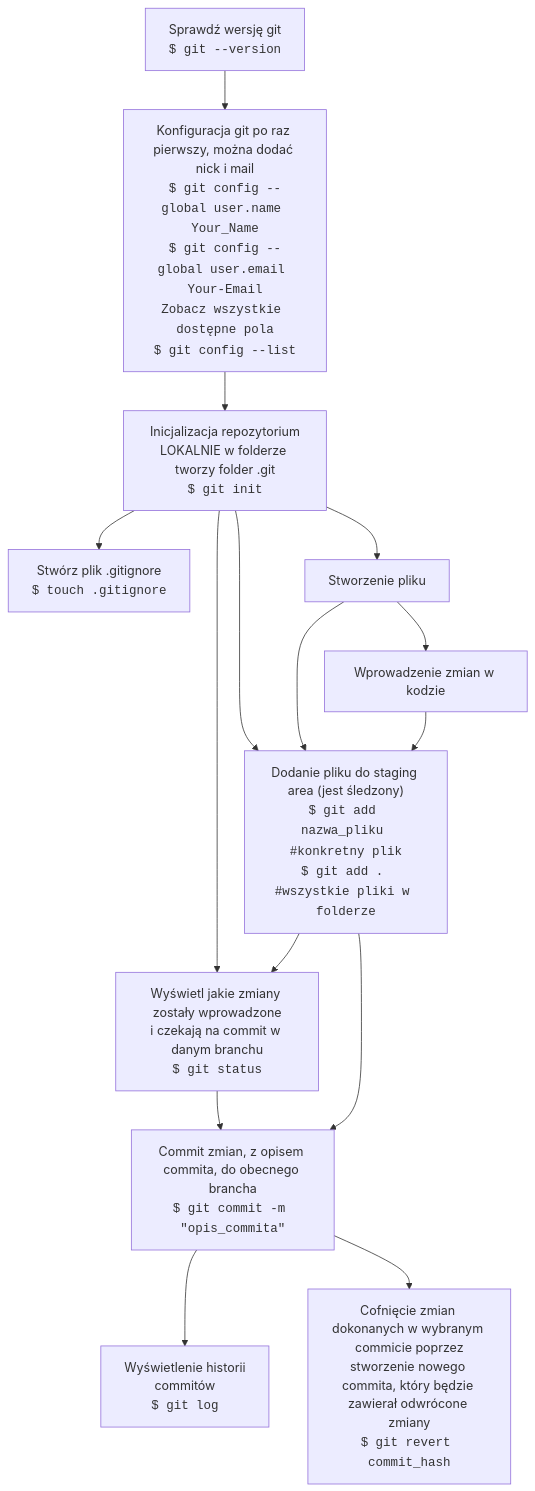
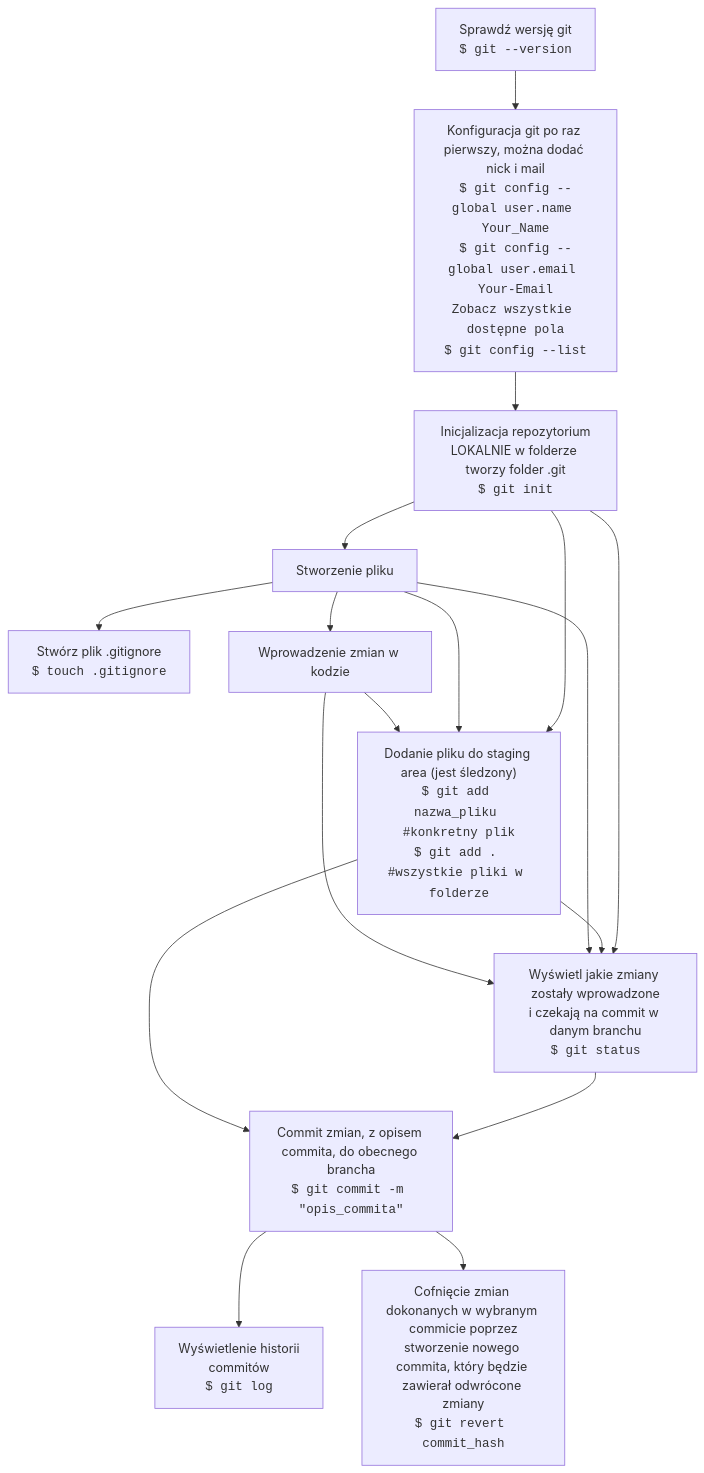
One commit to dankuc237/notatki changed the first of 3 diagrams in git-graph.md. Above: the diagram before and after it, drawn with Mermaid. The commit also changed other lines of this file, not shown here.

````diff
--- a/git-graph.md
+++ b/git-graph.md
@@ -3,29 +3,31 @@
 ```mermaid
 graph TB
         SPRAWDZ_WERSJE_GIT["Sprawdź wersję git<br><code>$ git --version</code>"]
         PIERWSZA_KONFIGURACJA_GIT["Konfiguracja git po raz pierwszy, można dodać nick i mail<br><code>$ git config --global user.name Your_Name<br>$ git config --global user.email Your-Email<br>Zobacz wszystkie dostępne pola<br>$ git config --list</code>"]
         INICJALIZACJA_LOKALNEGO_REPO["Inicjalizacja repozytorium<br>LOKALNIE w folderze tworzy folder .git<br><code>$ git init</code>"]
         STWÓRZ_PLIK_.GITIGNORE["Stwórz plik .gitignore<br><code>$ touch .gitignore</code>"]
         STWÓRZ_JAKIS_PLIK["Stworzenie pliku"]
         DODAJ_PLIK_DO_STAGING_AREA["Dodanie pliku do staging area (jest śledzony)<br><code>$ git add nazwa_pliku #konkretny plik<br>$ git add . #wszystkie pliki w folderze</code>"]
         SPRAWDZ_ZMIANY_W_REPO["Wyświetl jakie zmiany zostały wprowadzone<br>i czekają na commit w danym branchu<br><code>$ git status</code>"]    
         ZMIANA_KODU["Wprowadzenie zmian w kodzie"]
         COMMIT_ZMIAN_DO_LOKALNEGO_REPO["Commit zmian, z opisem commita, do obecnego brancha<br><code>$ git commit -m #quot;opis_commita#quot;</code>"]
         POKAZ_COMMIT_HISTORY["Wyświetlenie historii<br/>commitów<br><code>$ git log</code>"]
         COFNIJ_COMMIT["Cofnięcie zmian dokonanych w wybranym commicie poprzez<br>stworzenie nowego commita, który będzie zawierał odwrócone zmiany<br><code>$ git revert commit_hash</code>"]
         
         SPRAWDZ_WERSJE_GIT --> PIERWSZA_KONFIGURACJA_GIT
         PIERWSZA_KONFIGURACJA_GIT --> INICJALIZACJA_LOKALNEGO_REPO
         INICJALIZACJA_LOKALNEGO_REPO --> STWÓRZ_JAKIS_PLIK
-        INICJALIZACJA_LOKALNEGO_REPO --> STWÓRZ_PLIK_.GITIGNORE
         INICJALIZACJA_LOKALNEGO_REPO --> SPRAWDZ_ZMIANY_W_REPO
         INICJALIZACJA_LOKALNEGO_REPO --> DODAJ_PLIK_DO_STAGING_AREA
+        STWÓRZ_JAKIS_PLIK --> STWÓRZ_PLIK_.GITIGNORE
+        STWÓRZ_JAKIS_PLIK --> ZMIANA_KODU
         STWÓRZ_JAKIS_PLIK --> DODAJ_PLIK_DO_STAGING_AREA
         DODAJ_PLIK_DO_STAGING_AREA --> SPRAWDZ_ZMIANY_W_REPO
         SPRAWDZ_ZMIANY_W_REPO --> COMMIT_ZMIAN_DO_LOKALNEGO_REPO
-        STWÓRZ_JAKIS_PLIK --> ZMIANA_KODU
         ZMIANA_KODU --> DODAJ_PLIK_DO_STAGING_AREA
         DODAJ_PLIK_DO_STAGING_AREA --> COMMIT_ZMIAN_DO_LOKALNEGO_REPO 
         COMMIT_ZMIAN_DO_LOKALNEGO_REPO --> POKAZ_COMMIT_HISTORY
         COMMIT_ZMIAN_DO_LOKALNEGO_REPO --> COFNIJ_COMMIT
+        STWÓRZ_JAKIS_PLIK --> SPRAWDZ_ZMIANY_W_REPO
+        ZMIANA_KODU --> SPRAWDZ_ZMIANY_W_REPO
 ```
````
